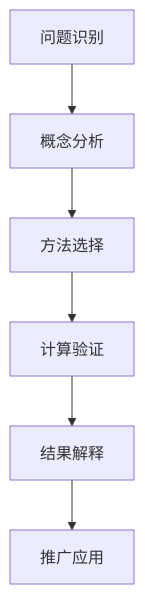
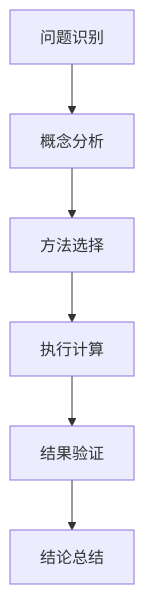
The sixth of 6 diagrams in docs/多表征体系指南.md (AdaMartin18010/FormalMath), drawn with Mermaid before and after one commit. The commit also changed other lines of this file and 13 other files, not shown here.

````diff
--- a/docs/多表征体系指南.md
+++ b/docs/多表征体系指南.md
@@ -157,8 +138,8 @@
 ```mermaid
 graph TD
     A[问题识别] --> B[概念分析]
     B --> C[方法选择]
-    C --> D[计算验证]
-    D --> E[结果解释]
-    E --> F[推广应用]
+    C --> D[执行计算]
+    D --> E[结果验证]
+    E --> F[结论总结]
 ```
````
